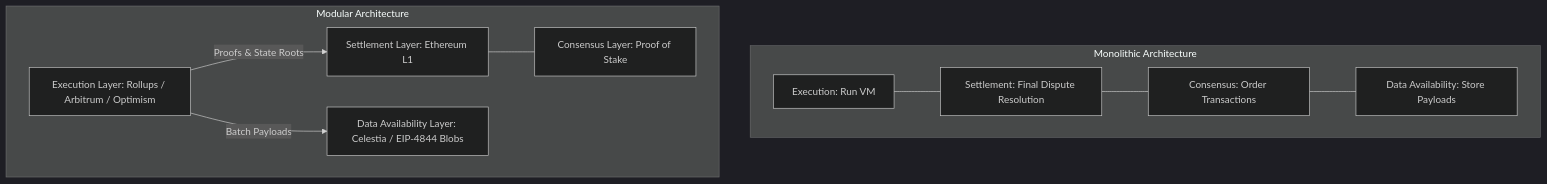
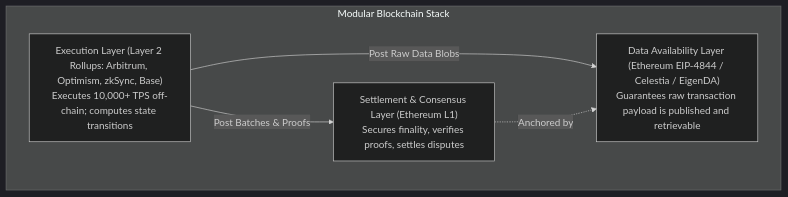
Before and after one commit to ub-society/modules: the fifth of 5 diagrams in docs/learn/fundamentals/06-scalability-and-security/01-blockchain-trilemma.md, drawn with Mermaid (dark theme). The commit also changed other lines of this file and 4 other files, not shown here.

````diff
--- a/docs/learn/fundamentals/06-scalability-and-security/01-blockchain-trilemma.md
+++ b/docs/learn/fundamentals/06-scalability-and-security/01-blockchain-trilemma.md
@@ -67,20 +112,12 @@
 ```mermaid
 flowchart TD
-    subgraph Monolithic Architecture
-        M1[Execution: Run VM]
-        M2[Settlement: Final Dispute Resolution]
-        M3[Consensus: Order Transactions]
-        M4[Data Availability: Store Payloads]
-        M1 --- M2 --- M3 --- M4
+    subgraph Modular Blockchain Stack
+        L2["Execution Layer (Layer 2 Rollups: Arbitrum, Optimism, zkSync, Base)<br/>Executes 10,000+ TPS off-chain; computes state transitions"]
+        L1["Settlement & Consensus Layer (Ethereum L1)<br/>Secures finality, verifies proofs, settles disputes"]
+        DA["Data Availability Layer (Ethereum EIP-4844 / Celestia / EigenDA)<br/>Guarantees raw transaction payload is published and retrievable"]
     end
 
-    subgraph Modular Architecture
-        L2[Execution Layer: Rollups / Arbitrum / Optimism]
-        L1_Settlement[Settlement Layer: Ethereum L1]
-        L1_Consensus[Consensus Layer: Proof of Stake]
-        DA[Data Availability Layer: Celestia / EIP-4844 Blobs]
-        L2 -->|Proofs & State Roots| L1_Settlement
-        L2 -->|Batch Payloads| DA
-        L1_Settlement --- L1_Consensus
-    end
+    L2 -->|Post Batches & Proofs| L1
+    L2 -->|Post Raw Data Blobs| DA
+    L1 -.->|Anchored by| DA
 ```
````
